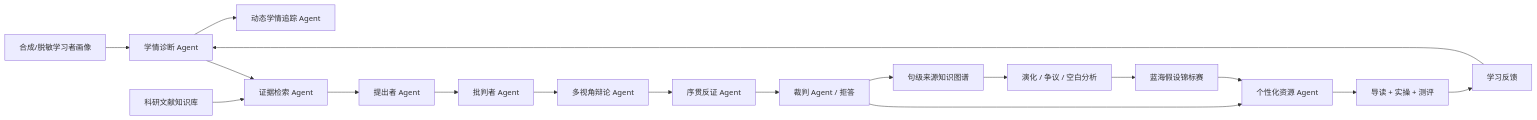
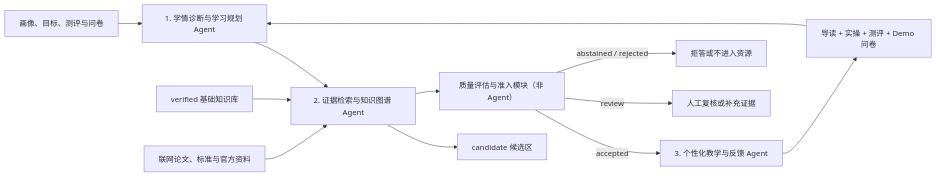
One commit to Berries06/Multi-Agent-Scholarly-Trace-demo changed the diagram in docs/项目说明/系统架构.md. Above: the diagram before and after it, drawn with Mermaid. The commit also changed other lines of this file and 29 other files, not shown here.

````diff
--- a/docs/项目说明/系统架构.md
+++ b/docs/项目说明/系统架构.md
@@ -5,20 +5,14 @@
 ```mermaid
 flowchart LR
-    A["合成/脱敏学习者画像"] --> B["学情诊断 Agent"]
-    B --> BT["动态学情追踪 Agent"]
-    K["科研文献知识库"] --> C["证据检索 Agent"]
-    B --> C
-    C --> D["提出者 Agent"]
-    D --> E["批判者 Agent"]
-    E --> DV["多视角辩论 Agent"]
-    DV --> SF["序贯反证 Agent"]
-    SF --> F["裁判 Agent / 拒答"]
-    F --> G["个性化资源 Agent"]
-    G --> H["导读 + 实操 + 测评"]
-    H --> I["学习反馈"]
-    I --> B
-    F --> J["句级来源知识图谱"]
-    J --> TD["演化 / 争议 / 空白分析"]
-    TD --> HT["蓝海假设锦标赛"]
-    HT --> G
+    U["画像、目标、测评与问卷"] --> A1["1. 学情诊断与学习规划 Agent"]
+    A1 --> A2["2. 证据检索与知识图谱 Agent"]
+    VK["verified 基础知识库"] --> A2
+    WEB["联网论文、标准与官方资料"] --> A2
+    A2 --> CK["candidate 候选区"]
+    A2 --> Q["质量评估与准入模块（非 Agent）"]
+    Q -->|accepted| A3["3. 个性化教学与反馈 Agent"]
+    Q -->|review| HR["人工复核或补充证据"]
+    Q -->|abstained / rejected| STOP["拒答或不进入资源"]
+    A3 --> R["导读 + 实操 + 测评 + Demo 问卷"]
+    R --> A1
 ```
````
